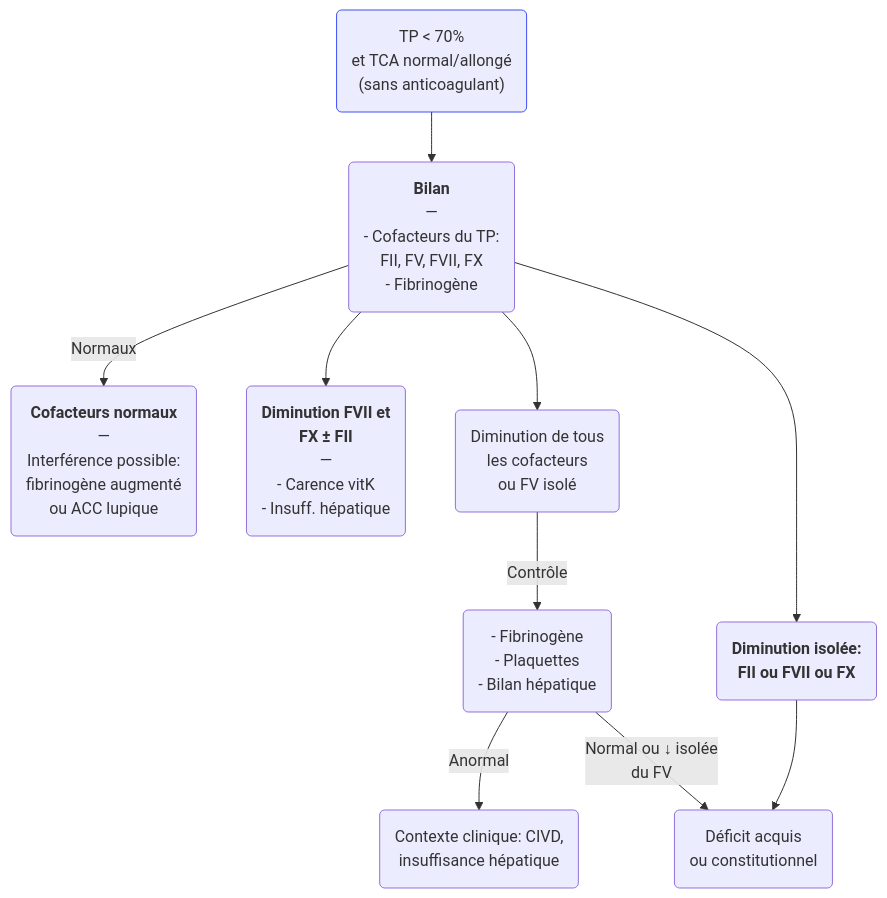
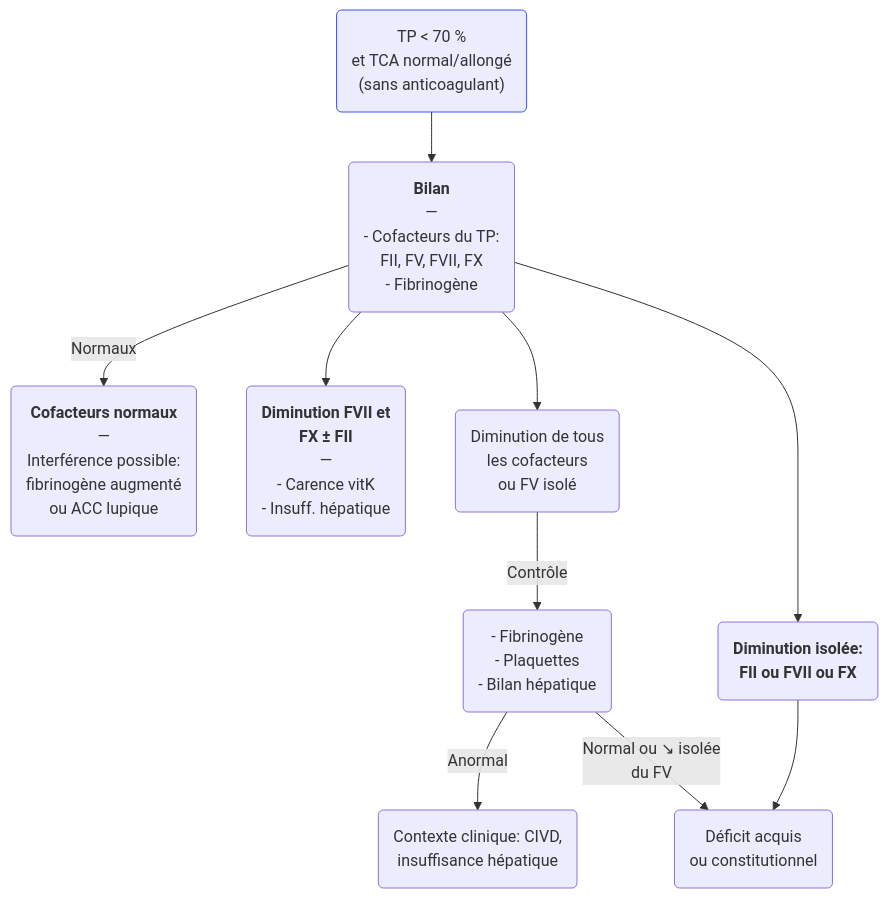
Before and after one commit to djibe/recommandations-medicales: the first of 2 diagrams in content/recommandations/anomalies-tp-tca.md, drawn with Mermaid. The commit also changed other lines of this file and 27 other files, not shown here.

```diff
--- a/content/recommandations/anomalies-tp-tca.md
+++ b/content/recommandations/anomalies-tp-tca.md
@@ -186,9 +189,9 @@
 {{< mermaid title="Prise en charge d'un TP bas. Dr JB Fron d'après SFNMI 2024" >}}
 graph TB
-  TPbas("TP &lt; 70%<br>et TCA normal/allongé<br>(sans anticoagulant)") --> bilan("<b>Bilan</b><br>—<br>- Cofacteurs du TP:<br>FII, FV, FVII, FX<br>- Fibrinogène") -- Normaux --> cofacteursN("<b>Cofacteurs normaux</b><br>—<br>Interférence possible:<br>fibrinogène augmenté<br>ou ACC lupique")
+  TPbas("TP &lt; 70 %<br>et TCA normal/allongé<br>(sans anticoagulant)") --> bilan("<b>Bilan</b><br>—<br>- Cofacteurs du TP:<br>FII, FV, FVII, FX<br>- Fibrinogène") -- Normaux --> cofacteursN("<b>Cofacteurs normaux</b><br>—<br>Interférence possible:<br>fibrinogène augmenté<br>ou ACC lupique")
     bilan --> dimf2("<b>Diminution FVII et<br>FX ± FII</b><br>—<br>- Carence vitK<br>- Insuff. hépatique")
     bilan --> dim(Diminution de tous<br>les cofacteurs<br>ou FV isolé) -- Contrôle --> contrôle("- Fibrinogène<br>- Plaquettes<br>- Bilan hépatique") -- Anormal --> clinique("Contexte clinique: CIVD,<br>insuffisance hépatique")
-      contrôle -- "Normal ou ↓ isolée<br>du FV" --> acquis("Déficit acquis <br>ou constitutionnel")
+      contrôle -- "Normal ou ↘ isolée<br>du FV" --> acquis("Déficit acquis <br>ou constitutionnel")
     bilan --> dimi("<b>Diminution isolée:<br>FII ou FVII ou FX</b>") --> acquis
   style TPbas stroke:#4150f5, stroke-width:1px
 {{< /mermaid >}}
```
